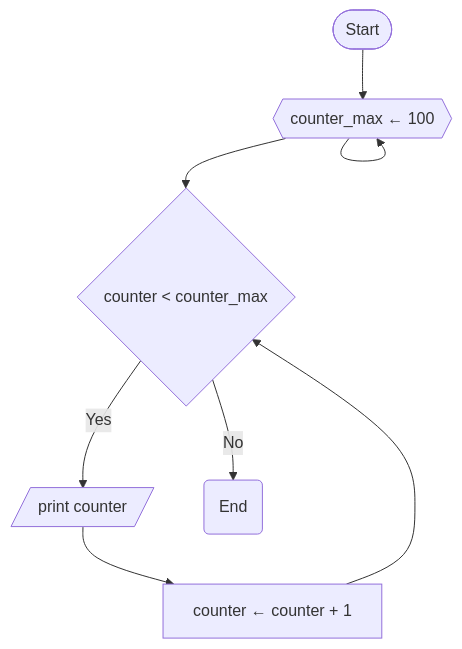
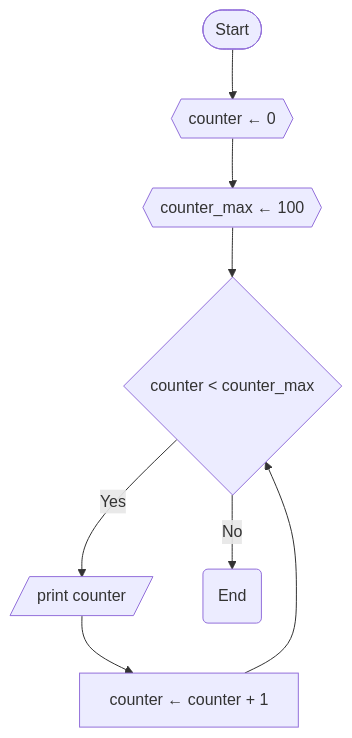
One commit to davrot/pytutorial changed the fourth of 4 diagrams in flow/examples/README.md. Above: the diagram before and after it, drawn with Mermaid.

```diff
--- a/flow/examples/README.md
+++ b/flow/examples/README.md
@@ -71,7 +71,7 @@
   <pre class="mermaid">
     flowchart TD
-    start([Start]) --> inita{{"counter ← 0"}} --> inita{{"counter_max ← 100"}} --> Condition{"counter < counter_max"}
+    start([Start]) --> initcounter{{"counter ← 0"}} --> initcountermax{{"counter_max ← 100"}} --> Condition{"counter < counter_max"}
     Condition -- Yes --> printcounter[/"print counter"/] --> Action["counter ← counter + 1"]
     Action --> Condition
     Condition -- No --> End(End)
   </pre>
```
